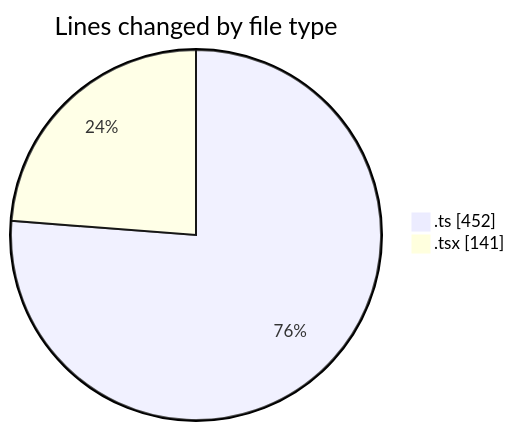
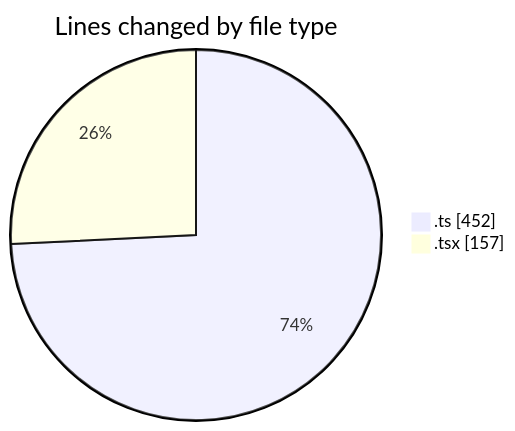
The first of 2 diagrams in 2025-11-03/eventscop-frontend-guide__workspace_/README.md (julien-gomy/code-tracking), drawn with Mermaid before and after one commit. The commit also changed other lines of this file and 1 other file, not shown here.

````diff
--- a/2025-11-03/eventscop-frontend-guide__workspace_/README.md
+++ b/2025-11-03/eventscop-frontend-guide__workspace_/README.md
@@ -22,6 +22,6 @@
 ```mermaid
 pie showData
 title Lines changed by file type
 ".ts" : 452
-".tsx" : 141
+".tsx" : 157
 ```
````
